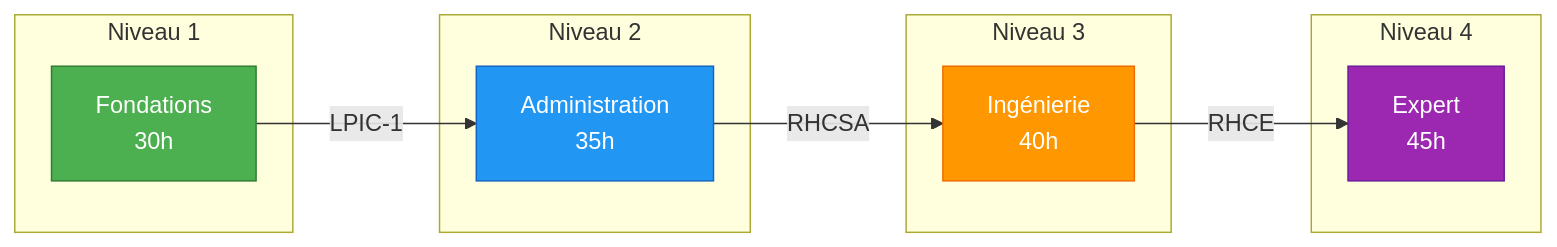
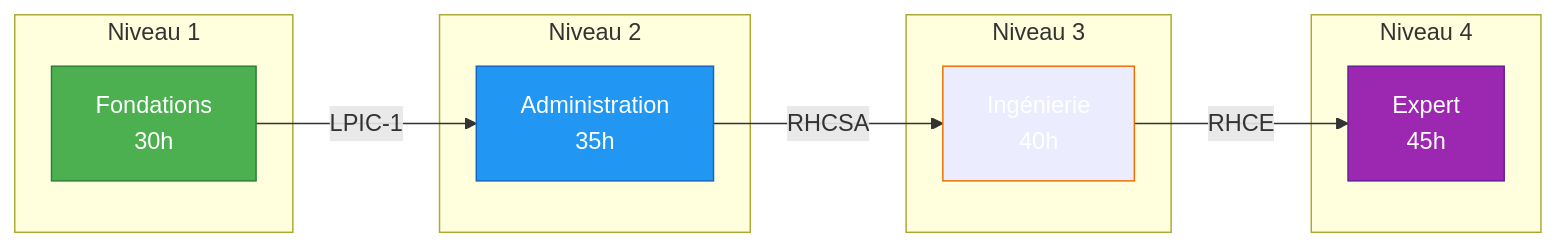
One commit to VBlackJack/ShellBook changed the first of 5 diagrams in docs/formations/linux-mastery/index.md. Above: the diagram before and after it, drawn with Mermaid. The commit also changed other lines of this file and 337 other files, not shown here.

First line of the commit message:
refactor(docs): Standardize code blocks and Mermaid colors

````diff
--- a/docs/formations/linux-mastery/index.md
+++ b/docs/formations/linux-mastery/index.md
@@ -16,24 +16,24 @@
 ```mermaid
 graph LR
     subgraph "Niveau 1"
         A[Fondations<br/>30h]
     end
     subgraph "Niveau 2"
         B[Administration<br/>35h]
     end
     subgraph "Niveau 3"
         C[Ingénierie<br/>40h]
     end
     subgraph "Niveau 4"
         D[Expert<br/>45h]
     end
 
     A -->|"LPIC-1"| B
     B -->|"RHCSA"| C
     C -->|"RHCE"| D
 
     style A fill:#4CAF50,stroke:#2E7D32,color:#fff
     style B fill:#2196F3,stroke:#1565C0,color:#fff
-    style C fill:#FF9800,stroke:#EF6C00,color:#fff
+    style C fill:#FF9800800800,stroke:#EF6C00,color:#fff
     style D fill:#9C27B0,stroke:#6A1B9A,color:#fff
 ```
````
